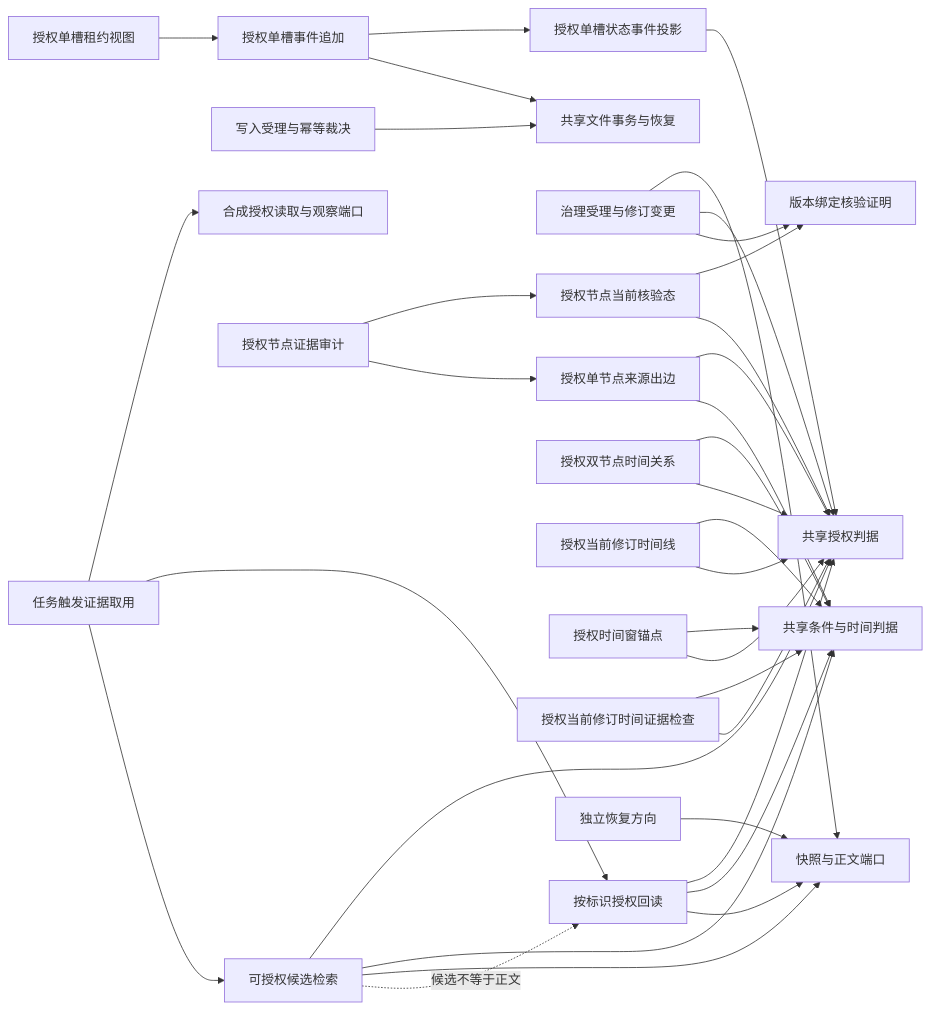
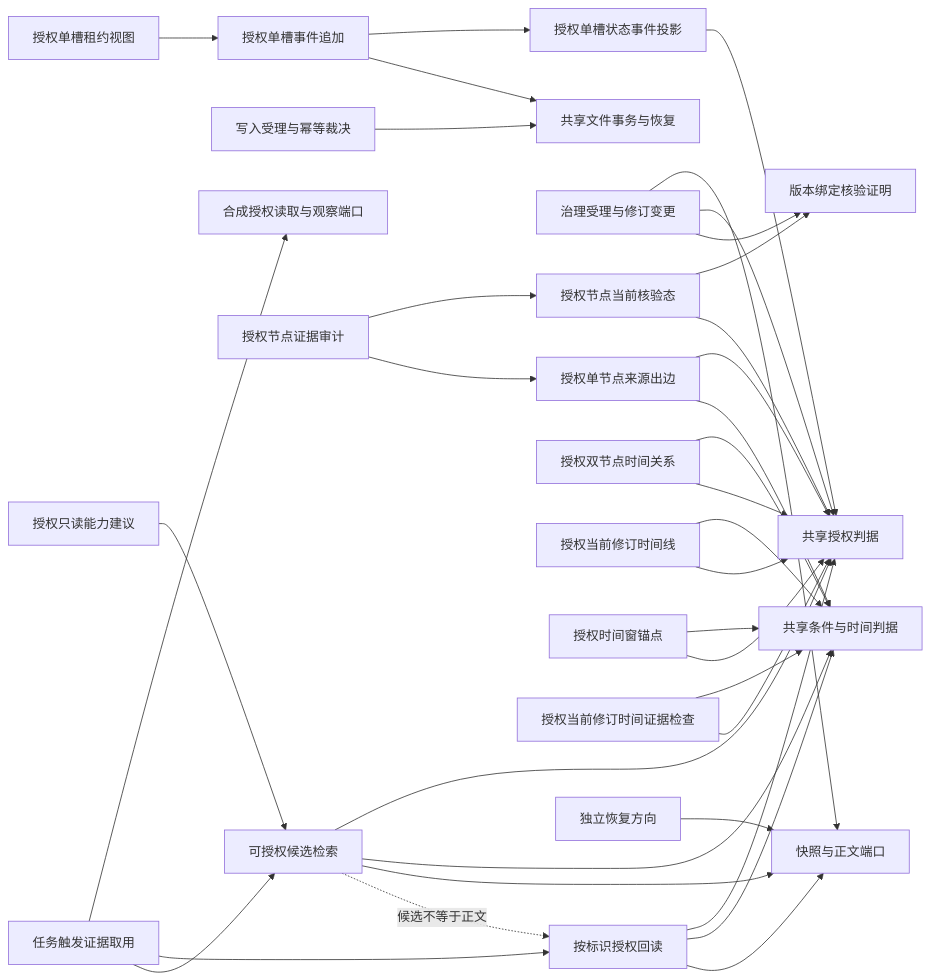
One commit to FuRongJun-1999/dsh-lingshu-memory changed the diagram in docs/CAPABILITY_GRAPH.md. Above: the diagram before and after it, drawn with Mermaid. The commit also changed other lines of this file and 12 other files, not shown here.

```diff
--- a/docs/CAPABILITY_GRAPH.md
+++ b/docs/CAPABILITY_GRAPH.md
@@ -5,36 +5,37 @@
 ~~~mermaid
 graph LR
   G[按标识授权回读] --> A[共享授权判据]
   G --> T[共享条件与时间判据]
   G --> S[快照与正文端口]
   Q[可授权候选检索] --> A
   Q --> T
   Q --> S
   Q -. 候选不等于正文 .-> G
   W[写入受理与幂等裁决] --> X[共享文件事务与恢复]
   R[治理受理与修订变更] --> S
   R --> A
   R --> V[版本绑定核验证明]
   K[授权节点当前核验态] --> V
   K --> A
   E[授权单节点来源出边] --> A
   E --> T
   Z[授权双节点时间关系] --> T
   Z --> A
   L[授权当前修订时间线] --> T
   L --> A
   WN[授权时间窗锚点] --> T
   WN --> A
   TC[授权当前修订时间证据检查] --> T
   TC --> A
   SC[授权单槽状态事件投影] --> A
   SE[授权单槽事件追加] --> SC
   SE --> X
   SL[授权单槽租约视图] --> SE
   EA[授权节点证据审计] --> K
   EA --> E
+  RH[授权只读能力建议] --> Q
   P[独立恢复方向] --> S
   C[任务触发证据取用] --> O[合成授权读取与观察端口]
   C --> G
   C --> Q
 ~~~
```
